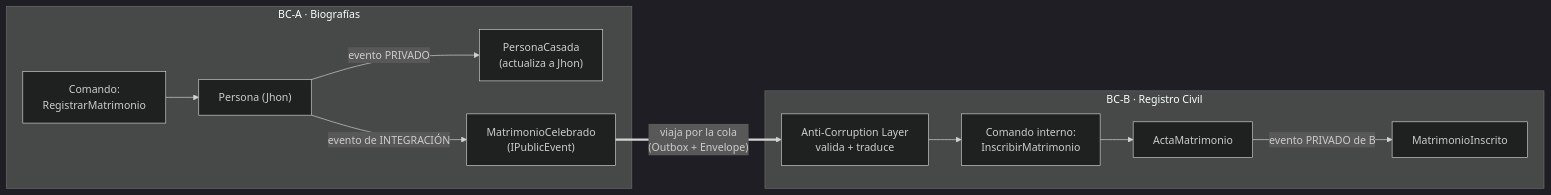
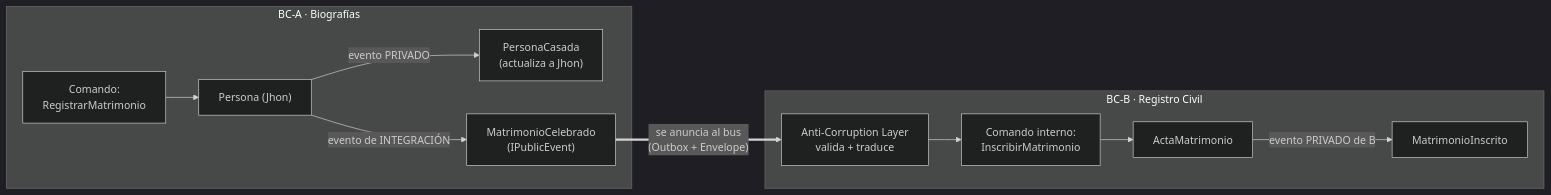
Before and after one commit to didierymartinez/eventsourcing-workshops-basics: the diagram in secciones/26-dos-bounded-contexts.md, drawn with Mermaid (dark theme). The commit also changed other lines of this file and 1 other file, not shown here.

````diff
--- a/secciones/26-dos-bounded-contexts.md
+++ b/secciones/26-dos-bounded-contexts.md
@@ -15,16 +52,16 @@
 ```mermaid
 graph LR
     subgraph BC_A["BC-A · Biografías"]
         CMD_A["Comando:<br/>RegistrarMatrimonio"] --> AGG_A["Persona (Jhon)"]
         AGG_A -- "evento PRIVADO" --> PRIV["PersonaCasada<br/>(actualiza a Jhon)"]
         AGG_A -- "evento de INTEGRACIÓN" --> PUB["MatrimonioCelebrado<br/>(IPublicEvent)"]
     end
 
-    PUB == "viaja por la cola<br/>(Outbox + Envelope)" ==> ACL
+    PUB == "se anuncia al bus<br/>(Outbox + Envelope)" ==> ACL
 
     subgraph BC_B["BC-B · Registro Civil"]
         ACL["Anti-Corruption Layer<br/>valida + traduce"] --> CMD_B["Comando interno:<br/>InscribirMatrimonio"]
         CMD_B --> AGG_B["ActaMatrimonio"]
         AGG_B -- "evento PRIVADO de B" --> PRIV_B["MatrimonioInscrito"]
     end
 ```
````
